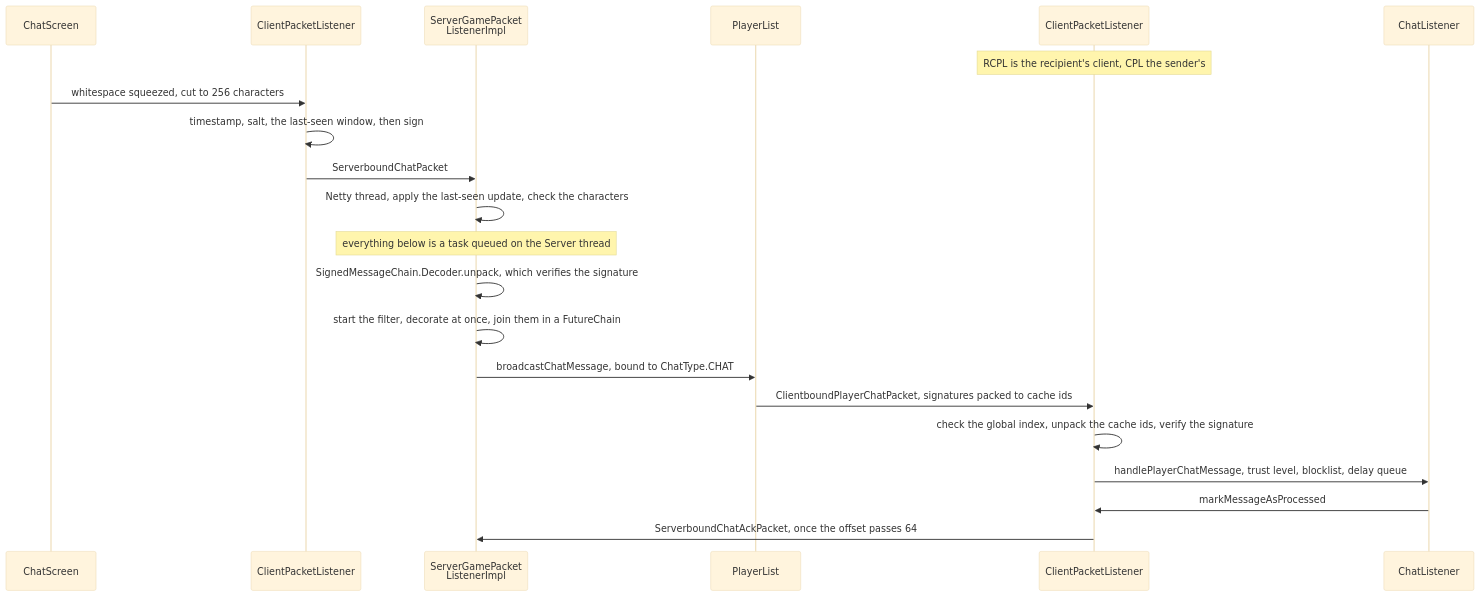
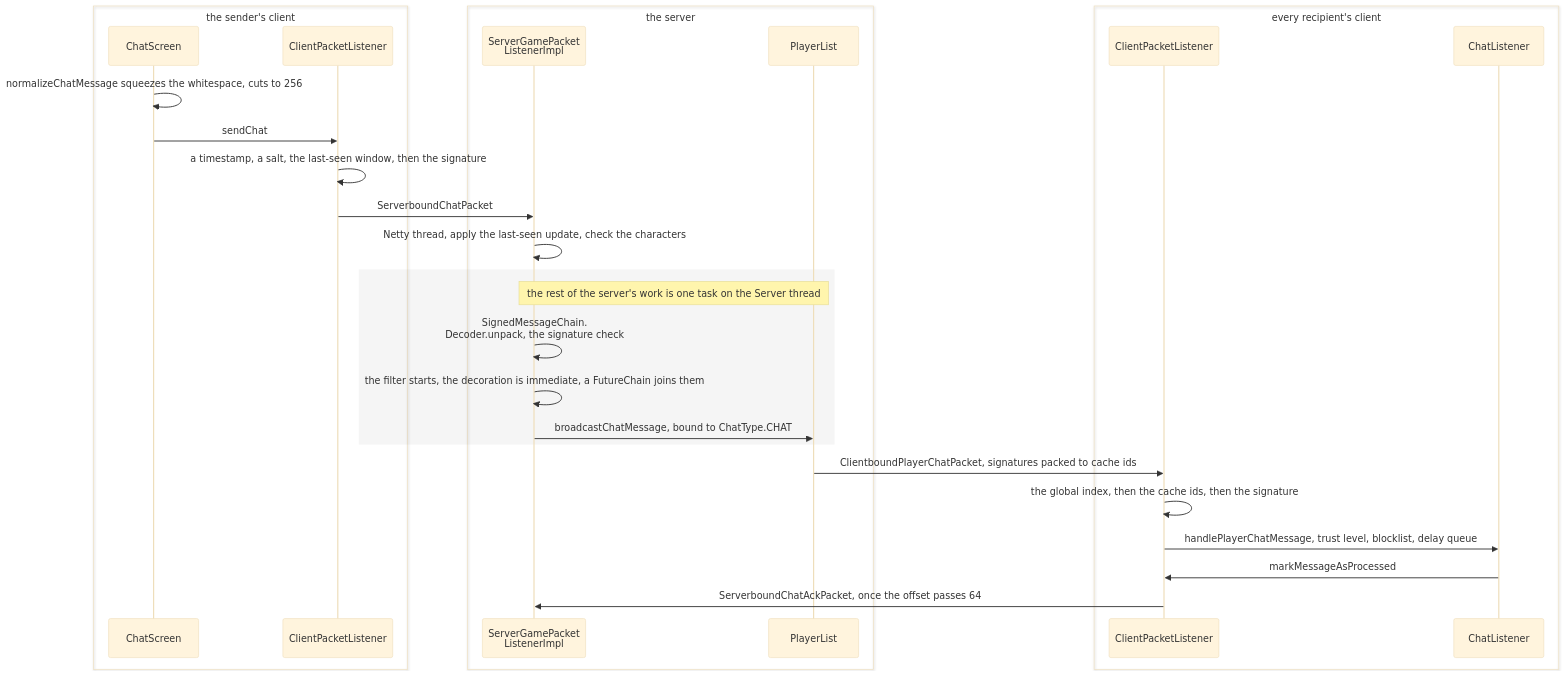
One commit to AlexanderjFraser/MinecraftDocs changed the first of 2 diagrams in src/systems/networking/chat-and-signing.md. Above: the diagram before and after it, drawn with Mermaid (base theme). The commit also changed other lines of this file and 11 other files, not shown here.

````diff
--- a/src/systems/networking/chat-and-signing.md
+++ b/src/systems/networking/chat-and-signing.md
@@ -55,24 +60,32 @@
 ```mermaid
 sequenceDiagram
+    box transparent the sender's client
     participant CScr as ChatScreen
     participant CPL as ClientPacketListener
+    end
+    box transparent the server
     participant SGPL as ServerGamePacket<br/>ListenerImpl
     participant PL as PlayerList
+    end
+    box transparent every recipient's client
     participant RCPL as ClientPacketListener
     participant CLis as ChatListener
-    Note over RCPL: RCPL is the recipient's client, CPL the sender's
+    end
 
-    CScr->>CPL: whitespace squeezed, cut to 256 characters
-    CPL->>CPL: timestamp, salt, the last-seen window, then sign
+    CScr->>CScr: normalizeChatMessage squeezes the whitespace, cuts to 256
+    CScr->>CPL: sendChat
+    CPL->>CPL: a timestamp, a salt, the last-seen window, then the signature
     CPL->>SGPL: ServerboundChatPacket
     SGPL->>SGPL: Netty thread, apply the last-seen update, check the characters
-    Note over SGPL: everything below is a task queued on the Server thread
-    SGPL->>SGPL: SignedMessageChain.Decoder.unpack, which verifies the signature
-    SGPL->>SGPL: start the filter, decorate at once, join them in a FutureChain
-    SGPL->>PL: broadcastChatMessage, bound to ChatType.CHAT
+    rect rgba(0, 0, 0, 0.04)
+        Note over SGPL,PL: the rest of the server's work is one task on the Server thread
+        SGPL->>SGPL: SignedMessageChain.<br/>Decoder.unpack, the signature check
+        SGPL->>SGPL: the filter starts, the decoration is immediate, a FutureChain joins them
+        SGPL->>PL: broadcastChatMessage, bound to ChatType.CHAT
+    end
     PL->>RCPL: ClientboundPlayerChatPacket, signatures packed to cache ids
-    RCPL->>RCPL: check the global index, unpack the cache ids, verify the signature
+    RCPL->>RCPL: the global index, then the cache ids, then the signature
     RCPL->>CLis: handlePlayerChatMessage, trust level, blocklist, delay queue
     CLis->>RCPL: markMessageAsProcessed
     RCPL->>SGPL: ServerboundChatAckPacket, once the offset passes 64
 ```
````
